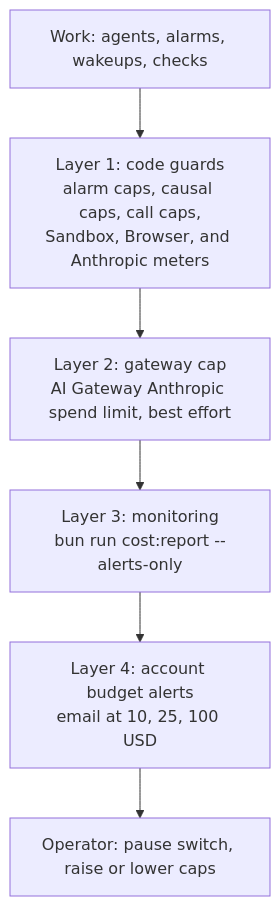
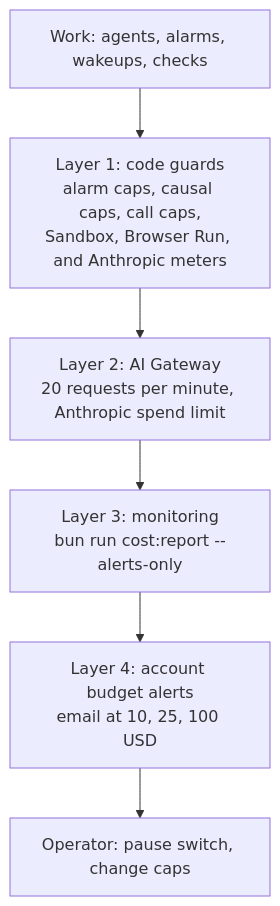
The first of 2 diagrams in docs/operations/costs.md (nsudhanva/rhumbatron), drawn with Mermaid before and after one commit. The commit also changed other lines of this file and 47 other files, not shown here.

````diff
--- a/docs/operations/costs.md
+++ b/docs/operations/costs.md
@@ -11,9 +7,9 @@
 ```mermaid
 flowchart TB
   w[Work: agents, alarms, wakeups, checks] --> l1
-  l1[Layer 1: code guards<br/>alarm caps, causal caps, call caps,<br/>Sandbox, Browser, and Anthropic meters] --> l2
-  l2[Layer 2: gateway cap<br/>AI Gateway Anthropic spend limit, best effort] --> l3
+  l1[Layer 1: code guards<br/>alarm caps, causal caps, call caps,<br/>Sandbox, Browser Run, and Anthropic meters] --> l2
+  l2[Layer 2: AI Gateway<br/>20 requests per minute, Anthropic spend limit] --> l3
   l3[Layer 3: monitoring<br/>bun run cost:report --alerts-only] --> l4
   l4[Layer 4: account budget alerts<br/>email at 10, 25, 100 USD] --> l5
-  l5[Operator: pause switch, raise or lower caps]
+  l5[Operator: pause switch, change caps]
 ```
````
